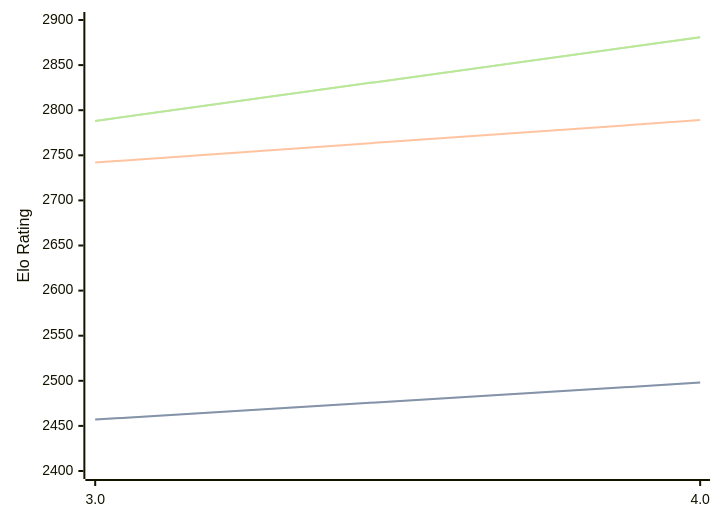
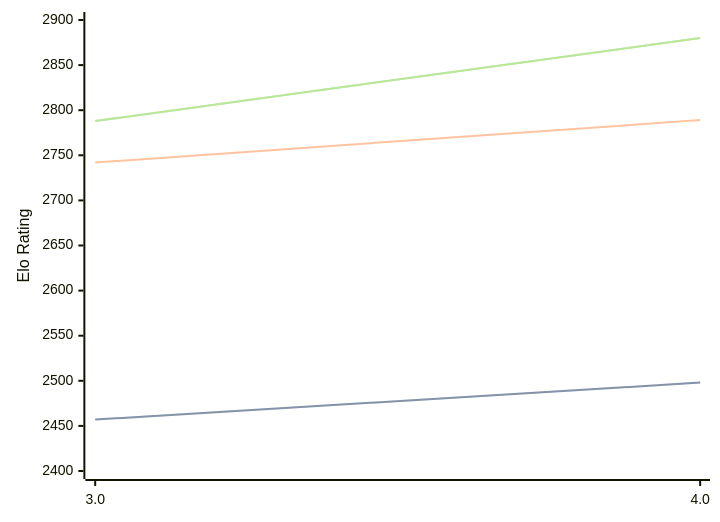
The third of 3 diagrams in engines/Chess3.md (computer-chess-index/cci), drawn with Mermaid before and after one commit. The commit also changed other lines of this file, not shown here.

Commit message:
Update CCI Ratings (ELO VLTC) - 2026-07-18

````diff
--- a/engines/Chess3.md
+++ b/engines/Chess3.md
@@ -67,11 +67,11 @@
 ```mermaid
 %%{init: {"theme":"base","themeVariables":{"seriesColors:['#a3a3a3','#222221','#faa371']}}}%%
 xychart-beta
   x-axis ["3.0", "4.0"]
   y-axis "Elo Rating" 2400 --> 2900
   line "STC (8.0+0.08s)" [2457, 2498]
   line "STC (8.0+0.08s)" [2457, 2498]
   line "LTC (60.0+0.60s)" [2742, 2789]
-  line "VLTC (2m24s+1.12s)" [2788, 2881]
-  line "VLTC (2m24s+1.12s)" [2788, 2881]
+  line "VLTC (2m24s+1.12s)" [2788, 2880]
+  line "VLTC (2m24s+1.12s)" [2788, 2880]
 ```
````
